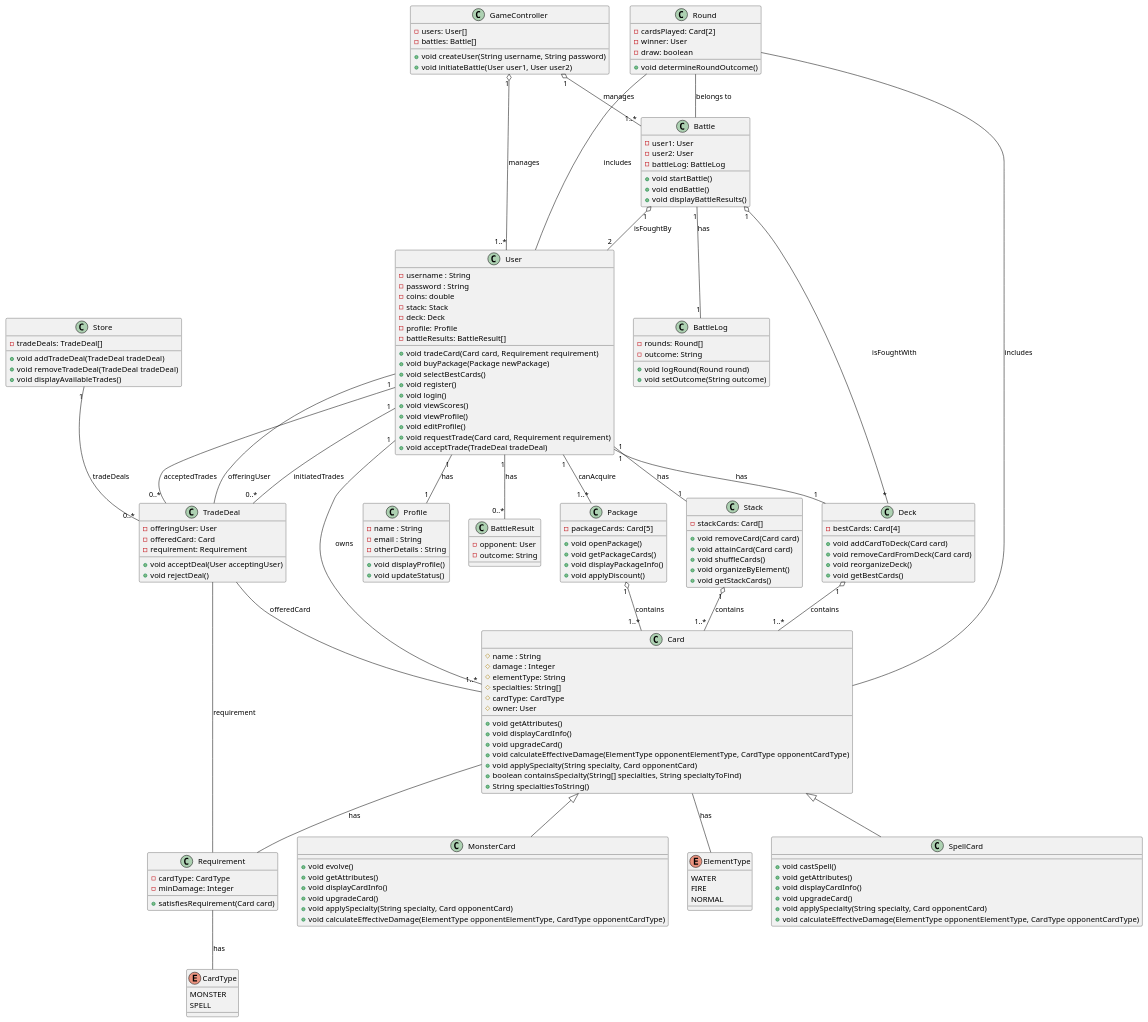
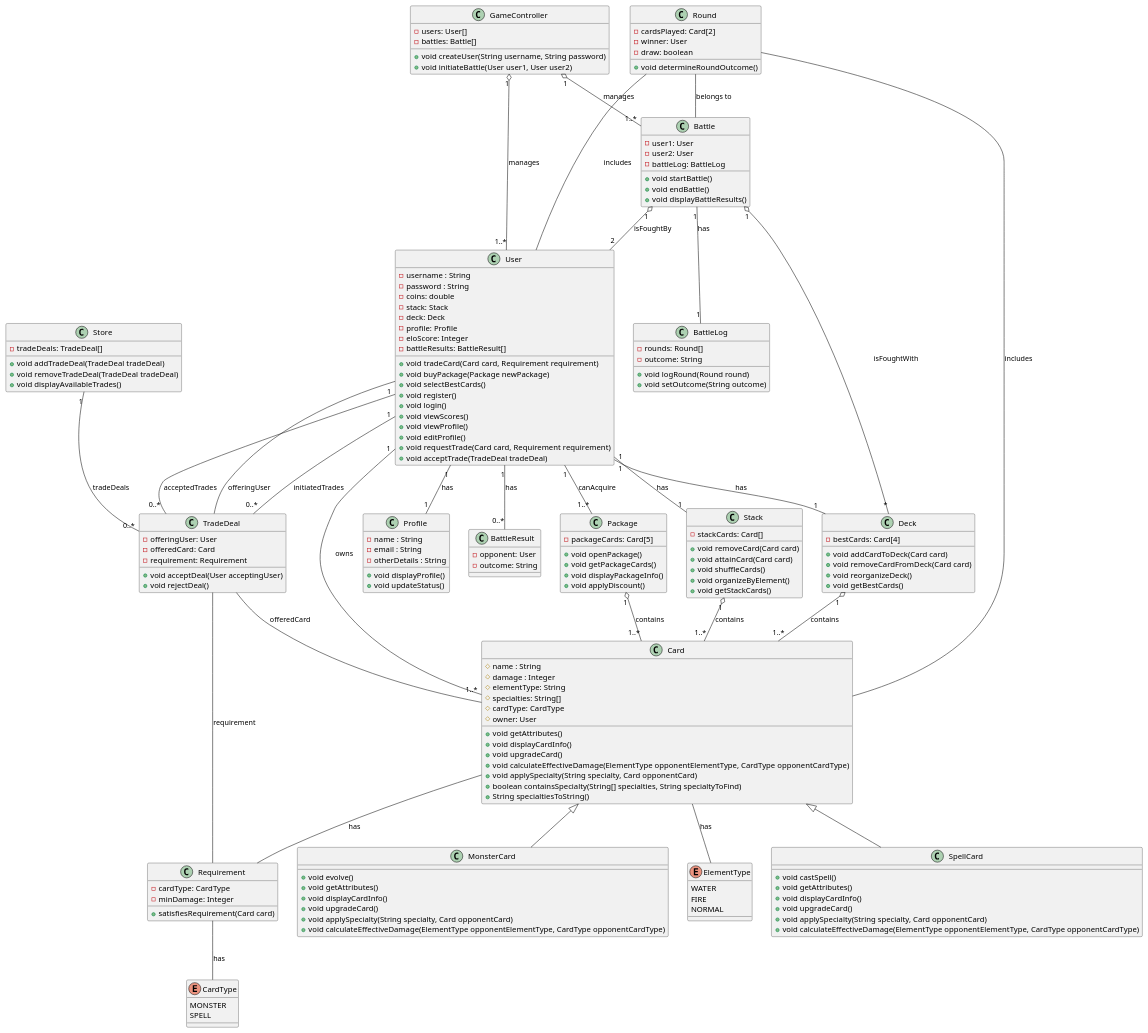
The diagram in src/main/java/org/example/Klassen.puml (gregory567/Monster-Trading-Cards-Game-MTCG), drawn with PlantUML before and after one commit. The commit also changed 6 other files, not shown here.

```diff
--- a/src/main/java/org/example/Klassen.puml
+++ b/src/main/java/org/example/Klassen.puml
@@ -1,196 +1,197 @@
 @startuml
 'https://plantuml.com/sequence-diagram
 
 class User {
     - username : String
     - password : String
     - coins: double
     - stack: Stack
     - deck: Deck
     - profile: Profile
+    - eloScore: Integer
     - battleResults: BattleResult[]
     + void tradeCard(Card card, Requirement requirement)
     + void buyPackage(Package newPackage)
     + void selectBestCards()
     + void register()
     + void login()
     + void viewScores()
     + void viewProfile()
     + void editProfile()
     + void requestTrade(Card card, Requirement requirement)
     + void acceptTrade(TradeDeal tradeDeal)
 }
 
 class Store {
     - tradeDeals: TradeDeal[]
     + void addTradeDeal(TradeDeal tradeDeal)
     + void removeTradeDeal(TradeDeal tradeDeal)
     + void displayAvailableTrades()
 }
 
 class TradeDeal {
     - offeringUser: User
     - offeredCard: Card
     - requirement: Requirement
     + void acceptDeal(User acceptingUser)
     + void rejectDeal()
 }
 
 class Profile {
     - name : String
     - email : String
     - otherDetails : String
     + void displayProfile()
     + void updateStatus()
 }
 
 class Card {
     # name : String
     # damage : Integer
     # elementType: String
     # specialties: String[]
     # cardType: CardType
     # owner: User
     + void getAttributes()
     + void displayCardInfo()
     + void upgradeCard()
     + void calculateEffectiveDamage(ElementType opponentElementType, CardType opponentCardType)
     + void applySpecialty(String specialty, Card opponentCard)
     + boolean containsSpecialty(String[] specialties, String specialtyToFind)
     + String specialtiesToString()
 }
 
 class SpellCard {
     + void castSpell()
     + void getAttributes()
     + void displayCardInfo()
     + void upgradeCard()
     + void applySpecialty(String specialty, Card opponentCard)
     + void calculateEffectiveDamage(ElementType opponentElementType, CardType opponentCardType)
 }
 
 class MonsterCard {
     + void evolve()
     + void getAttributes()
     + void displayCardInfo()
     + void upgradeCard()
     + void applySpecialty(String specialty, Card opponentCard)
     + void calculateEffectiveDamage(ElementType opponentElementType, CardType opponentCardType)
 }
 
 class Stack{
     - stackCards: Card[]
     + void removeCard(Card card)
     + void attainCard(Card card)
     + void shuffleCards()
     + void organizeByElement()
     + void getStackCards()
 }
 
 class Package {
     - packageCards: Card[5]
     + void openPackage()
     + void getPackageCards()
     + void displayPackageInfo()
     + void applyDiscount()
 }
 
 class Deck {
     - bestCards: Card[4]
     + void addCardToDeck(Card card)
     + void removeCardFromDeck(Card card)
     + void reorganizeDeck()
     + void getBestCards()
 }
 
 enum ElementType {
     WATER
     FIRE
     NORMAL
 }
 
 class Requirement {
     - cardType: CardType
     - minDamage: Integer
     + satisfiesRequirement(Card card)
 }
 
 enum CardType {
     MONSTER
     SPELL
 }
 
 class Battle {
     - user1: User
     - user2: User
     - battleLog: BattleLog
     + void startBattle()
     + void endBattle()
     + void displayBattleResults()
 }
 
 class GameController {
     - users: User[]
     - battles: Battle[]
     + void createUser(String username, String password)
     + void initiateBattle(User user1, User user2)
 }
 
 class BattleLog {
     - rounds: Round[]
     - outcome: String
     + void logRound(Round round)
     + void setOutcome(String outcome)
 }
 
 class Round {
     - cardsPlayed: Card[2]
     - winner: User
     - draw: boolean
     + void determineRoundOutcome()
 }
 
 class BattleResult {
     - opponent: User
     - outcome: String
 }
 
 Card <|-- MonsterCard
 Card <|-- SpellCard
 
 User "1" -- "1..*" Card : owns
 User "1" -- "1" Deck : has
 User "1" -- "1..*" Package : canAcquire
 User "1" -- "1" Stack : has
 User "1" -- "1" Profile : has
 User "1" -- "0..*" BattleResult : has
 
 Stack "1" o-- "1..*" Card : contains
 Package "1" o-- "1..*" Card : contains
 Deck "1" o-- "1..*" Card : contains
 
 Battle "1" o-- "*" Deck : isFoughtWith
 Battle "1" o-- "2" User : isFoughtBy
 Battle "1" -- "1" BattleLog : has
 
 GameController "1" o-- "1..*" User : manages
 GameController "1" o-- "1..*" Battle : manages
 
 Card -- ElementType : has
 Card -- Requirement : has
 Requirement -- CardType : has
 
 Round -- Card : includes
 Round -- User : includes
 Round -- Battle : belongs to
 
 TradeDeal -- User : offeringUser
 TradeDeal -- Card : offeredCard
 TradeDeal -- Requirement : requirement
 
 Store "1" -- "0..*" TradeDeal : tradeDeals
 
 User "1" -- "0..*" TradeDeal : initiatedTrades
 User "1" -- "0..*" TradeDeal : acceptedTrades
 
 @enduml
```
